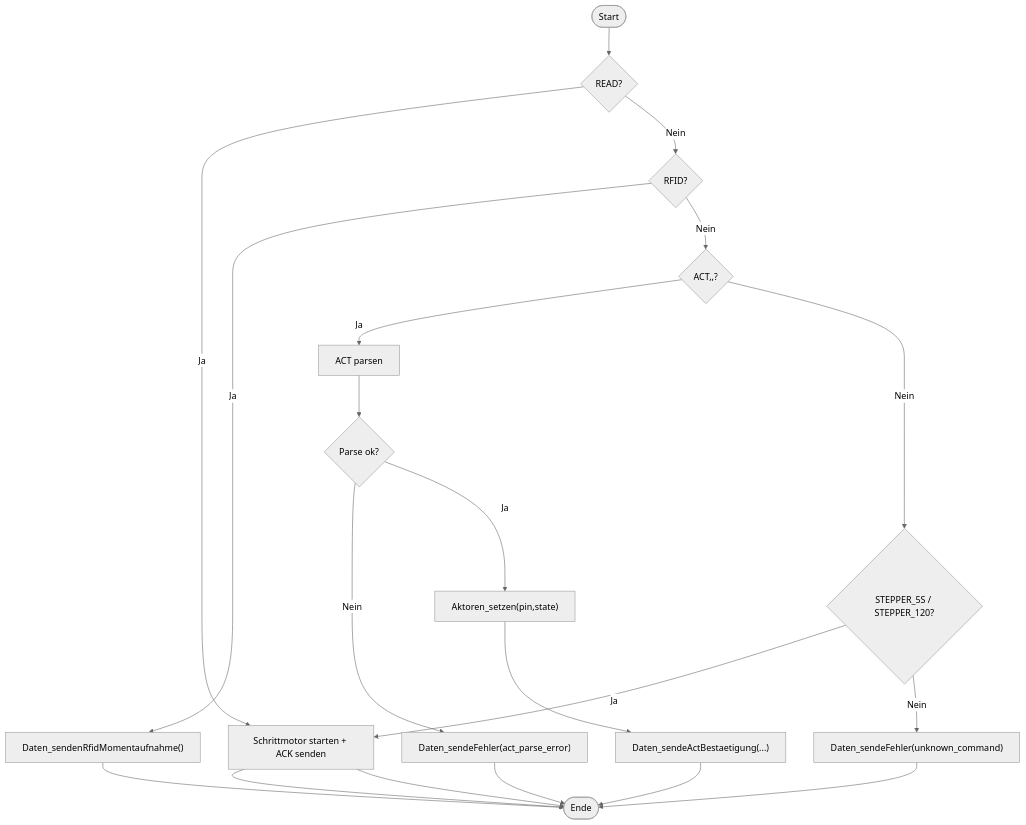
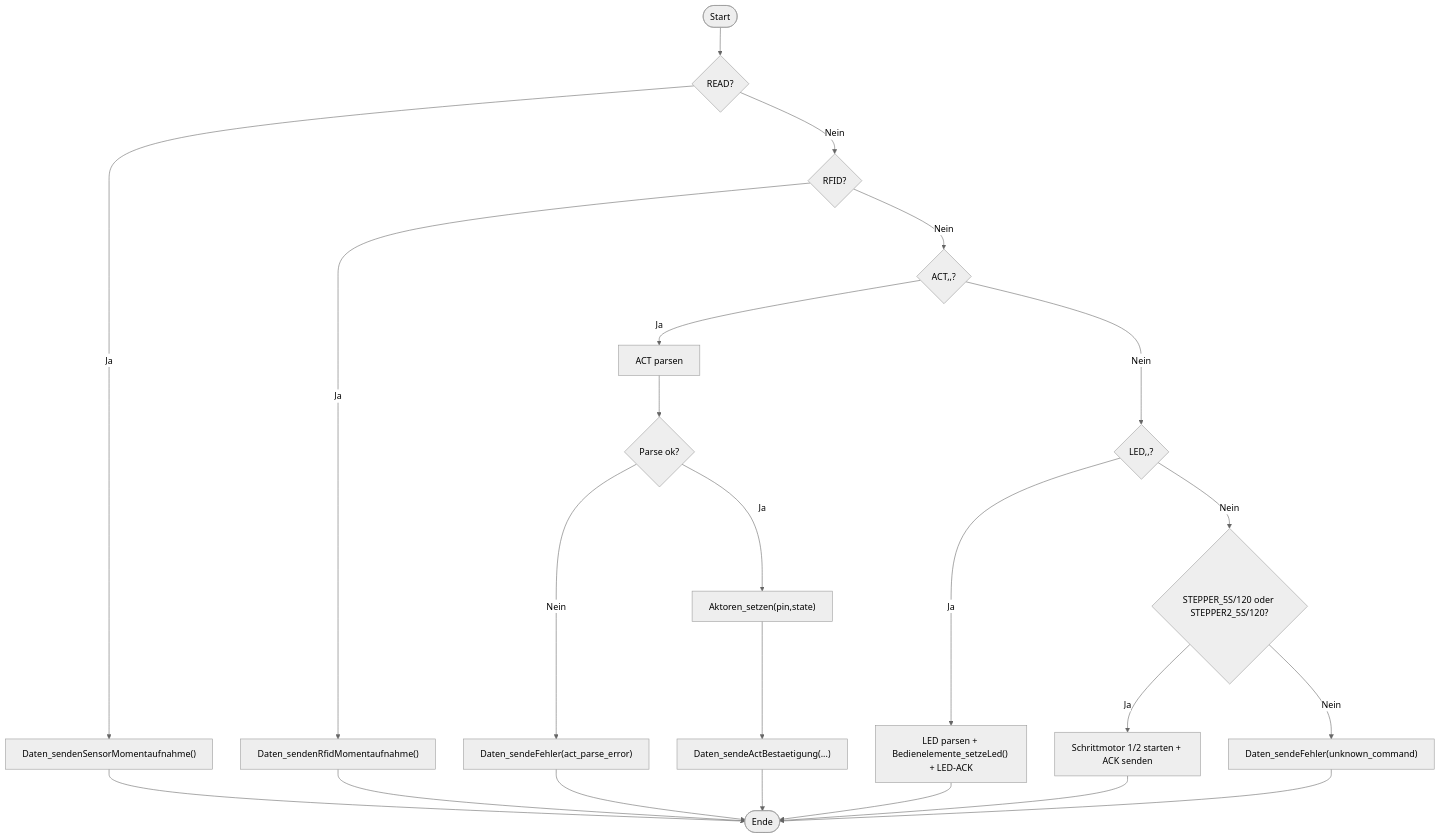
One commit to HerrnDK/Projekt changed diagram 11 of 22 in PROJEKT_ARCHITEKTUR_PLAN.md. Above: the diagram before and after it, drawn with Mermaid (neutral theme). The commit also changed other lines of this file and 15 other files, not shown here.

````diff
--- a/PROJEKT_ARCHITEKTUR_PLAN.md
+++ b/PROJEKT_ARCHITEKTUR_PLAN.md
@@ -206,17 +215,19 @@
 ```mermaid
 flowchart TD
   S([Start]) --> D0{"READ?"}
   D0 -- Ja --> S0["Daten_sendenSensorMomentaufnahme()"] --> E([Ende])
   D0 -- Nein --> D1{"RFID?"}
   D1 -- Ja --> R0["Daten_sendenRfidMomentaufnahme()"] --> E
   D1 -- Nein --> D2{"ACT,<pin>,<state>?"}
   D2 -- Ja --> A0["ACT parsen"]
   A0 --> A1{"Parse ok?"}
   A1 -- Nein --> F0["Daten_sendeFehler(act_parse_error)"] --> E
   A1 -- Ja --> A2["Aktoren_setzen(pin,state)"]
   A2 --> A3["Daten_sendeActBestaetigung(...)"]
   A3 --> E
-  D2 -- Nein --> D3{"STEPPER_5S / STEPPER_120?"}
-  D3 -- Ja --> S0["Schrittmotor starten + ACK senden"] --> E
+  D2 -- Nein --> D25{"LED,<index>,<state>?"}
+  D25 -- Ja --> L0["LED parsen + Bedienelemente_setzeLed() + LED-ACK"] --> E
+  D25 -- Nein --> D3{"STEPPER_5S/120 oder STEPPER2_5S/120?"}
+  D3 -- Ja --> S1["Schrittmotor 1/2 starten + ACK senden"] --> E
   D3 -- Nein --> F1["Daten_sendeFehler(unknown_command)"] --> E
 ```
````
